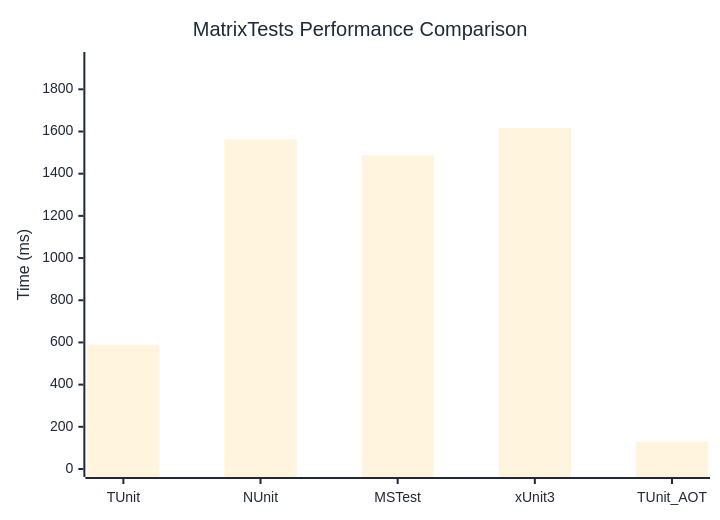
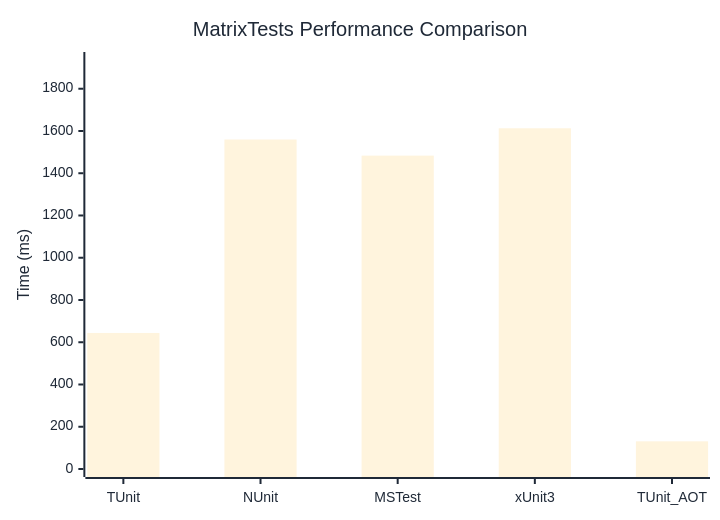
Before and after one commit to thomhurst/TUnit: the diagram in docs/docs/benchmarks/MatrixTests.md, drawn with Mermaid. The commit also changed other lines of this file and 37 other files, not shown here.

````diff
--- a/docs/docs/benchmarks/MatrixTests.md
+++ b/docs/docs/benchmarks/MatrixTests.md
@@ -27,37 +27,37 @@
 ```mermaid
 %%{init: {
   'theme':'base',
   'themeVariables': {
     'primaryColor': '#2563eb',
     'primaryTextColor': '#1f2937',
     'primaryBorderColor': '#1e40af',
     'lineColor': '#6b7280',
     'secondaryColor': '#7c3aed',
     'tertiaryColor': '#dc2626',
     'background': '#ffffff',
     'mainBkg': '#2563eb',
     'secondBkg': '#7c3aed',
     'tertiaryBkg': '#dc2626',
     'clusterBkg': '#f3f4f6',
     'edgeLabelBackground': '#ffffff',
     'tertiaryTextColor': '#1f2937',
     'pie1': '#2563eb',
     'pie2': '#7c3aed',
     'pie3': '#dc2626',
     'pie4': '#f59e0b',
     'pie5': '#10b981',
     'pie6': '#06b6d4',
     'pie7': '#ec4899',
     'pie8': '#6366f1',
     'pie9': '#84cc16',
     'pie10': '#f97316',
     'pie11': '#14b8a6',
     'pie12': '#a855f7'
   }
 }}%%
 xychart-beta
   title "MatrixTests Performance Comparison"
   x-axis ["TUnit", "NUnit", "MSTest", "xUnit3", "TUnit_AOT"]
-  y-axis "Time (ms)" 0 --> 1939
-  bar [589.1, 1563.1, 1488.1, 1615.8, 129.5]
+  y-axis "Time (ms)" 0 --> 1936
+  bar [644, 1559.7, 1483.4, 1612.8, 131]
 ```
````
